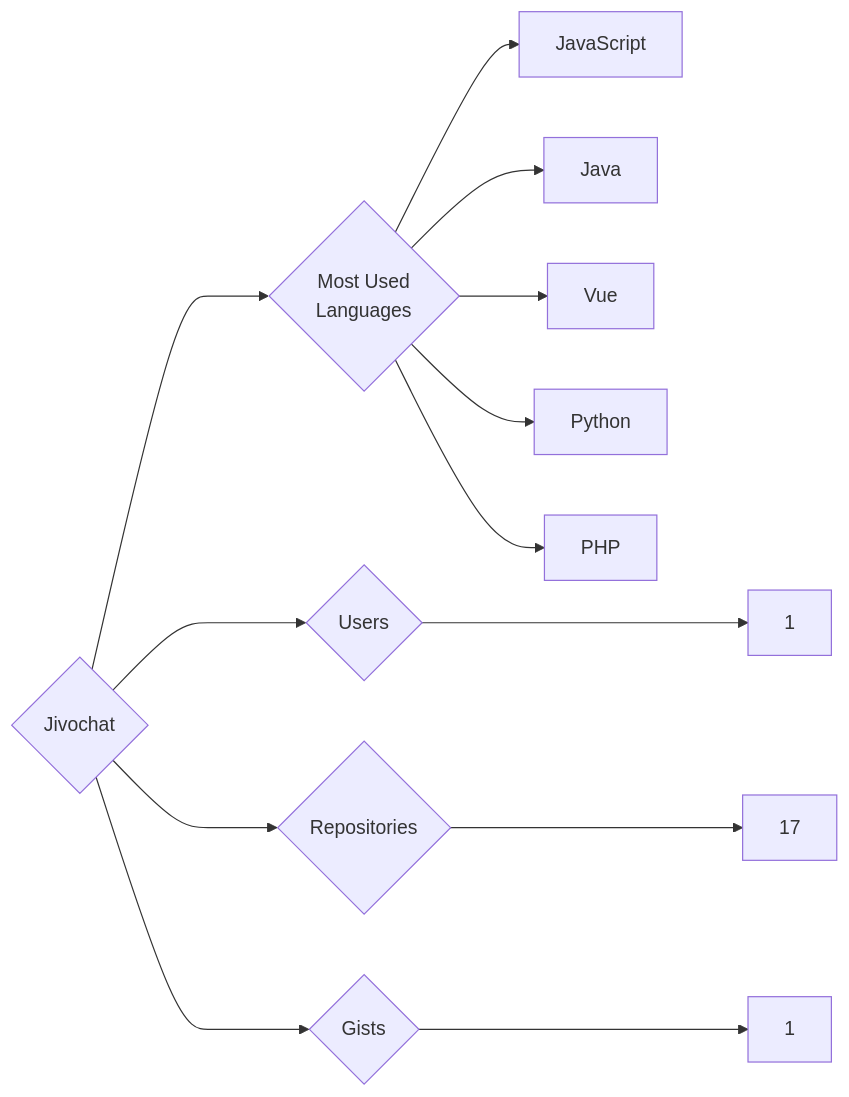
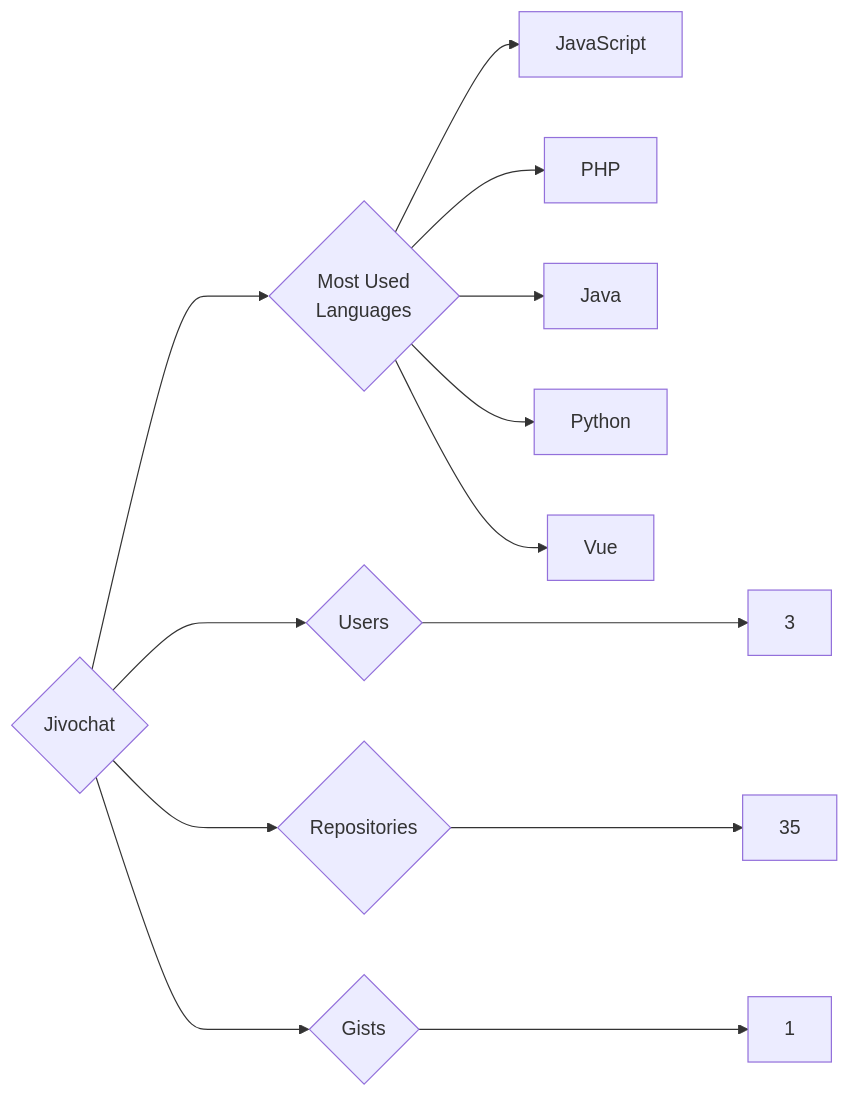
Before and after one commit to trickest/insiders: the diagram in targets/Jivochat/README.md, drawn with Mermaid. The commit also changed 934 other files, not shown here.

````diff
--- a/targets/Jivochat/README.md
+++ b/targets/Jivochat/README.md
@@ -3,13 +3,13 @@
 ```mermaid
 graph LR
 COMPANY_NAME{Jivochat}
-COMPANY_NAME ---> U{Users} ---> UN[1]
-COMPANY_NAME ---> R{Repositories} ---> RN[17]
+COMPANY_NAME ---> U{Users} ---> UN[3]
+COMPANY_NAME ---> R{Repositories} ---> RN[35]
 COMPANY_NAME ---> G{Gists} ---> GN[1]
 COMPANY_NAME ---> ML{Most Used<br>Languages}
 ML --> JavaScript[JavaScript]
+ML --> PHP[PHP]
 ML --> Java[Java]
+ML --> Python[Python]
 ML --> Vue[Vue]
-ML --> Python[Python]
-ML --> PHP[PHP]
 ```
````
